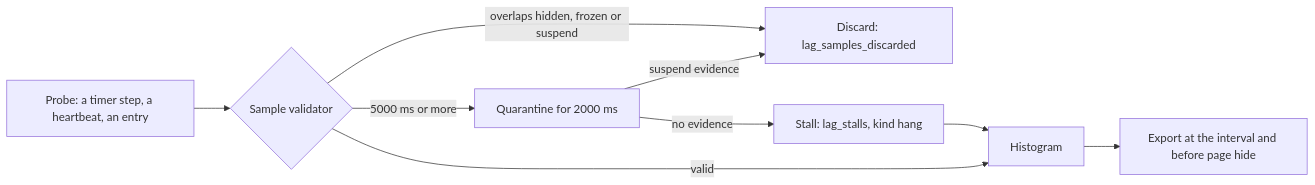
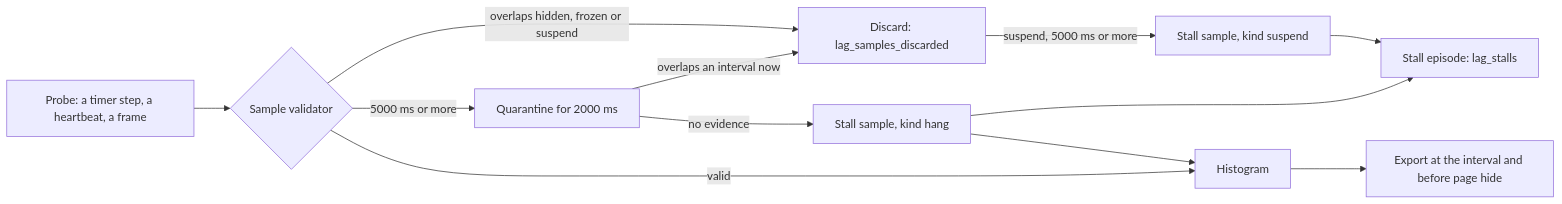
One commit to mark1russell7/lag changed the third of 3 diagrams in packages/site/content/docs/architecture.mdx. Above: the diagram before and after it, drawn with Mermaid. The commit also changed other lines of this file and 49 other files, not shown here.

````diff
--- a/packages/site/content/docs/architecture.mdx
+++ b/packages/site/content/docs/architecture.mdx
@@ -97,11 +97,14 @@
 ```mermaid
 flowchart LR
-    P[Probe: a timer step, a heartbeat, an entry] --> V{Sample validator}
+    P[Probe: a timer step, a heartbeat, a frame] --> V{Sample validator}
     V -->|overlaps hidden, frozen or suspend| X[Discard: lag_samples_discarded]
     V -->|5000 ms or more| Q[Quarantine for 2000 ms]
-    Q -->|suspend evidence| X
-    Q -->|no evidence| K[Stall: lag_stalls, kind hang]
+    Q -->|overlaps an interval now| X
+    X -->|suspend, 5000 ms or more| S[Stall sample, kind suspend]
+    Q -->|no evidence| K[Stall sample, kind hang]
+    S --> N[Stall episode: lag_stalls]
+    K --> N
     V -->|valid| H[Histogram]
     K --> H
     H --> E[Export at the interval and before page hide]
 ```
````
